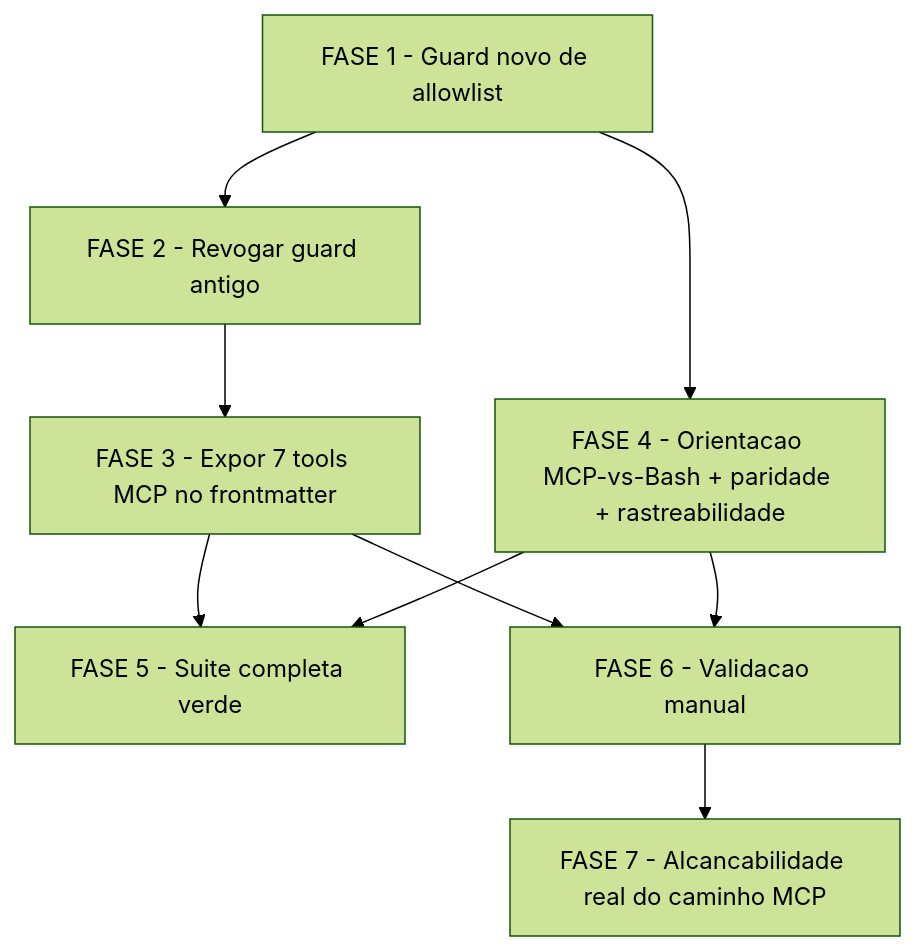
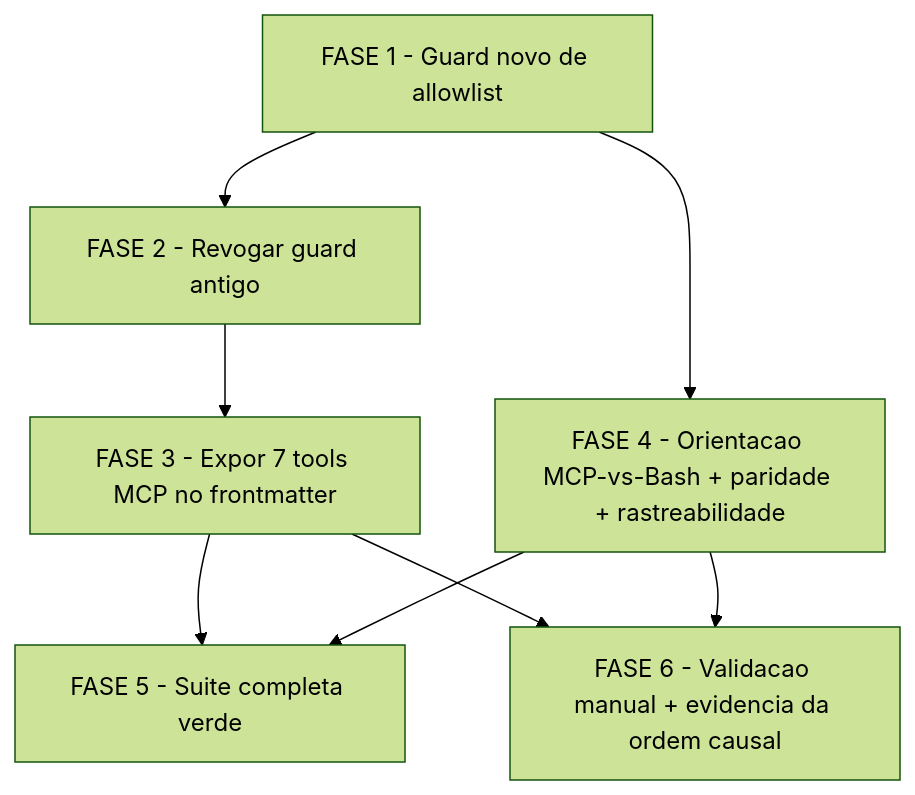
One commit to JotJunior/cstk changed the diagram in docs/specs/orchestrator-mcp-allowlist/tasks.md. Above: the diagram before and after it, drawn with Mermaid (forest theme). The commit also changed other lines of this file and 1 other file, not shown here.

````diff
--- a/docs/specs/orchestrator-mcp-allowlist/tasks.md
+++ b/docs/specs/orchestrator-mcp-allowlist/tasks.md
@@ -394,19 +385,17 @@
 ```mermaid
 flowchart TD
     F1[FASE 1 - Guard novo de allowlist]
     F2[FASE 2 - Revogar guard antigo]
     F3[FASE 3 - Expor 7 tools MCP no frontmatter]
     F4[FASE 4 - Orientacao MCP-vs-Bash + paridade + rastreabilidade]
     F5[FASE 5 - Suite completa verde]
-    F6[FASE 6 - Validacao manual]
-    F7[FASE 7 - Alcancabilidade real do caminho MCP]
+    F6[FASE 6 - Validacao manual + evidencia da ordem causal]
 
     F1 --> F2
     F1 --> F4
     F2 --> F3
     F3 --> F5
     F4 --> F5
     F3 --> F6
     F4 --> F6
-    F6 --> F7
 ```
````
